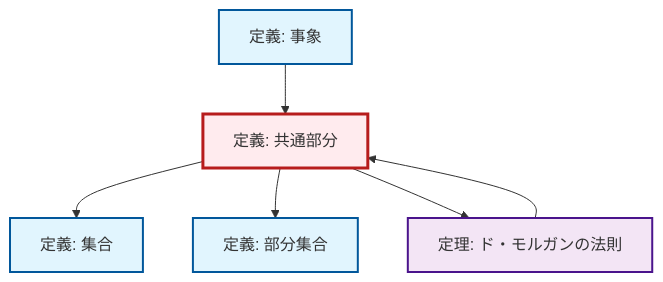
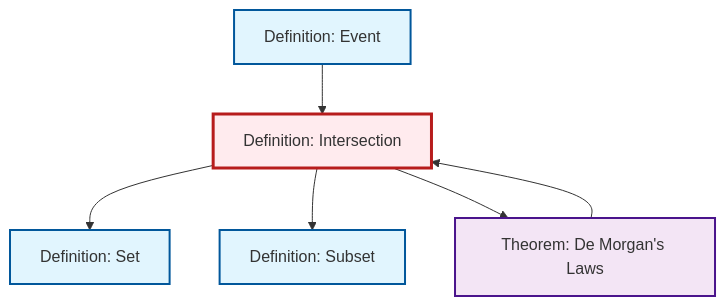
The diagram in content/ja/logic-set-theory/def-intersection.qmd (RK0429/ModernMath), drawn with Mermaid before and after one commit. The commit also changed 203 other files, not shown here.

````diff
--- a/content/ja/logic-set-theory/def-intersection.qmd
+++ b/content/ja/logic-set-theory/def-intersection.qmd
@@ -61,25 +61,20 @@
 ```{mermaid}
-%%| fig-cap: "局所的な依存関係グラフ"
+%%| fig-cap: "Local dependency graph"
 graph TD
     classDef definition fill:#e1f5fe,stroke:#01579b,stroke-width:2px
     classDef theorem fill:#f3e5f5,stroke:#4a148c,stroke-width:2px
     classDef axiom fill:#fff3e0,stroke:#e65100,stroke-width:2px
     classDef example fill:#e8f5e9,stroke:#1b5e20,stroke-width:2px
     classDef current fill:#ffebee,stroke:#b71c1c,stroke-width:3px
-    def-event["定義: 事象"]:::definition
-    def-set["定義: 集合"]:::definition
-    thm-de-morgan["定理: ド・モルガンの法則"]:::theorem
-    def-subset["定義: 部分集合"]:::definition
-    def-intersection["定義: 共通部分"]:::definition
+    def-event["Definition: Event"]:::definition
+    def-set["Definition: Set"]:::definition
+    thm-de-morgan["Theorem: De Morgan's Laws"]:::theorem
+    def-subset["Definition: Subset"]:::definition
+    def-intersection["Definition: Intersection"]:::definition
     def-event --> def-intersection
     def-intersection --> def-set
     def-intersection --> def-subset
     def-intersection --> thm-de-morgan
     thm-de-morgan --> def-intersection
     class def-intersection current
-
-    click def-event "def-event.html" "Go to 定義: 事象"
-    click def-set "def-set.html" "Go to 定義: 集合"
-    click thm-de-morgan "thm-de-morgan.html" "Go to 定理: ド・モルガンの法則"
-    click def-subset "def-subset.html" "Go to 定義: 部分集合"
 ```
````
